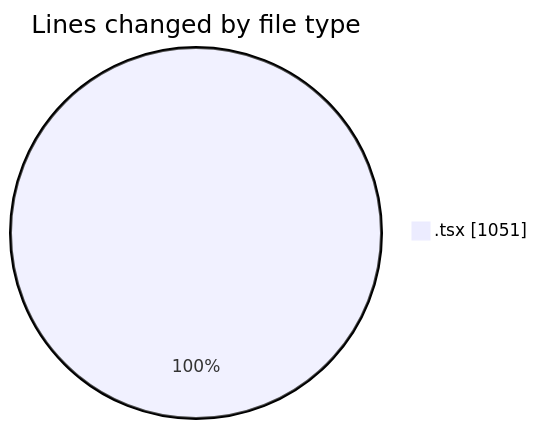
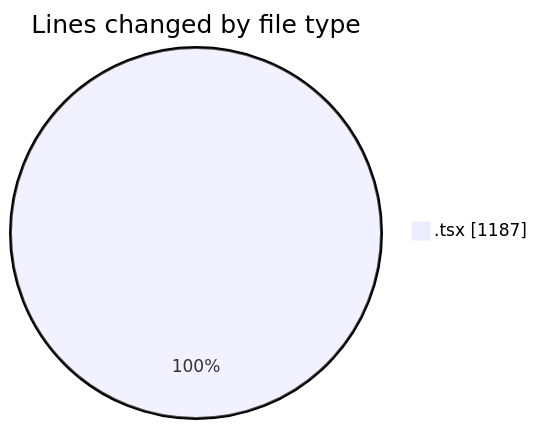
Before and after one commit to lephambinh05/code-tracking: the first of 2 diagrams in 2025-08-18/nextui-dashboard-template/README.md, drawn with Mermaid. The commit also changed other lines of this file and 1 other file, not shown here.

````diff
--- a/2025-08-18/nextui-dashboard-template/README.md
+++ b/2025-08-18/nextui-dashboard-template/README.md
@@ -26,5 +28,5 @@
 ```mermaid
 pie showData
 title Lines changed by file type
-".tsx" : 1051
+".tsx" : 1187
 ```
````
